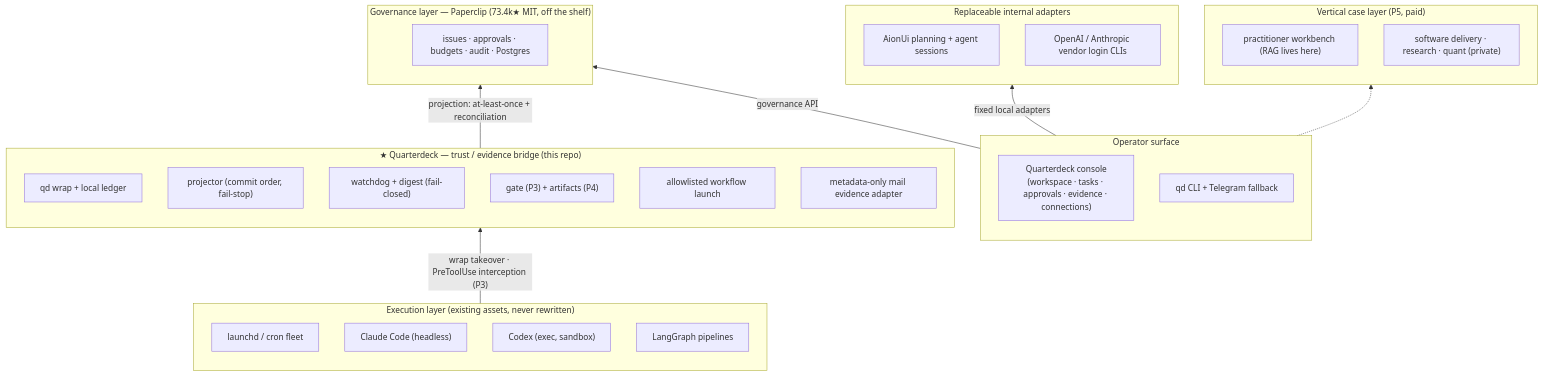
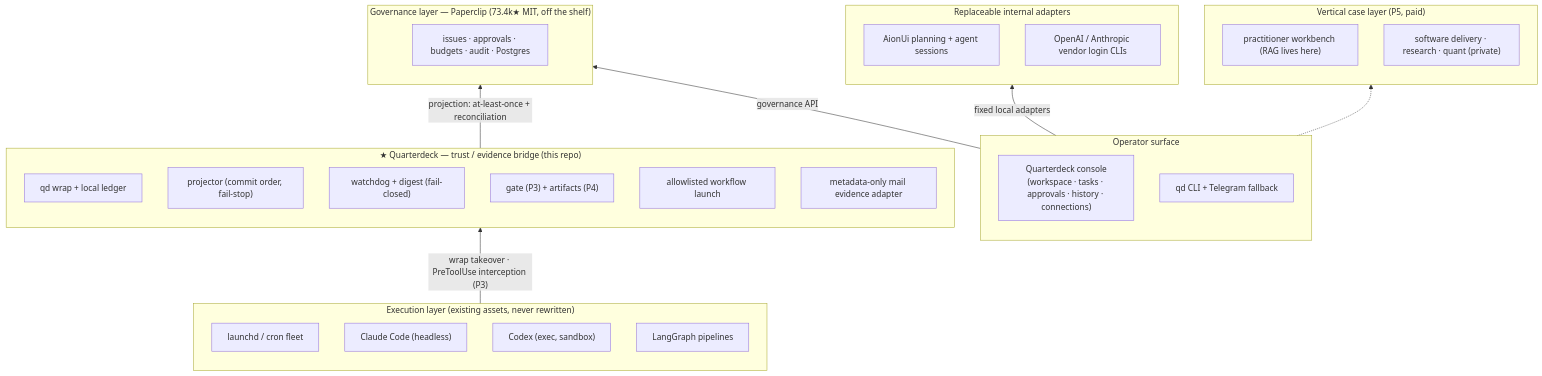
Before and after one commit to opswitness/opswitness: the diagram in docs/ARCHITECTURE.md, drawn with Mermaid. The commit also changed other lines of this file and 13 other files, not shown here.

Commit message:
feat: add evidence-backed run history

````diff
--- a/docs/ARCHITECTURE.md
+++ b/docs/ARCHITECTURE.md
@@ -14,37 +14,37 @@
 ```mermaid
 flowchart BT
     subgraph E["Execution layer (existing assets, never rewritten)"]
         E1["launchd / cron fleet"]
         E2["Claude Code (headless)"]
         E3["Codex (exec, sandbox)"]
         E4["LangGraph pipelines"]
     end
     subgraph Q["★ Quarterdeck — trust / evidence bridge (this repo)"]
         Q1["qd wrap + local ledger"]
         Q2["projector (commit order, fail-stop)"]
         Q3["watchdog + digest (fail-closed)"]
         Q4["gate (P3) + artifacts (P4)"]
         Q5["allowlisted workflow launch"]
         Q6["metadata-only mail evidence adapter"]
     end
     subgraph P["Governance layer — Paperclip (73.4k★ MIT, off the shelf)"]
         P1["issues · approvals · budgets · audit · Postgres"]
     end
     subgraph A["Replaceable internal adapters"]
         A1["AionUi planning + agent sessions"]
         A2["OpenAI / Anthropic vendor login CLIs"]
     end
     subgraph C["Operator surface"]
-        C0["Quarterdeck console<br/>(workspace · tasks · approvals · evidence · connections)"]
+        C0["Quarterdeck console<br/>(workspace · tasks · approvals · history · connections)"]
         C1["qd CLI + Telegram fallback"]
     end
     subgraph V["Vertical case layer (P5, paid)"]
         V1["practitioner workbench (RAG lives here)"]
         V2["software delivery · research · quant (private)"]
     end
     E -->|"wrap takeover · PreToolUse interception (P3)"| Q
     Q -->|"projection: at-least-once + reconciliation"| P
     C -->|fixed local adapters| A
     C -->|governance API| P
     C -.-> V
 ```
````
